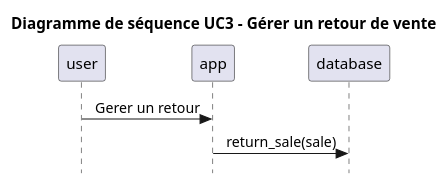
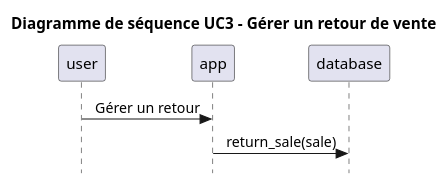
The diagram in docs/diagrams/sequence_diagram_UC3.puml (LojanArunasalam/LOG430-Lab1), drawn with PlantUML before and after one commit. The commit also changed 5 other files, not shown here.

```diff
--- a/docs/diagrams/sequence_diagram_UC3.puml
+++ b/docs/diagrams/sequence_diagram_UC3.puml
@@ -1,18 +1,18 @@
 @startuml
 skinparam style strictuml
 skinparam defaultfontname Verdana
 skinparam sequence {
     MessageAlign center
 }
 
 title Diagramme de séquence UC3 - Gérer un retour de vente
 
 participant "user" as user
 participant "app" as app
 participant "database" as db 
 
-user -> app : Gerer un retour 
+user -> app : Gérer un retour 
 app -> db : return_sale(sale)
 
 
 @enduml
```
